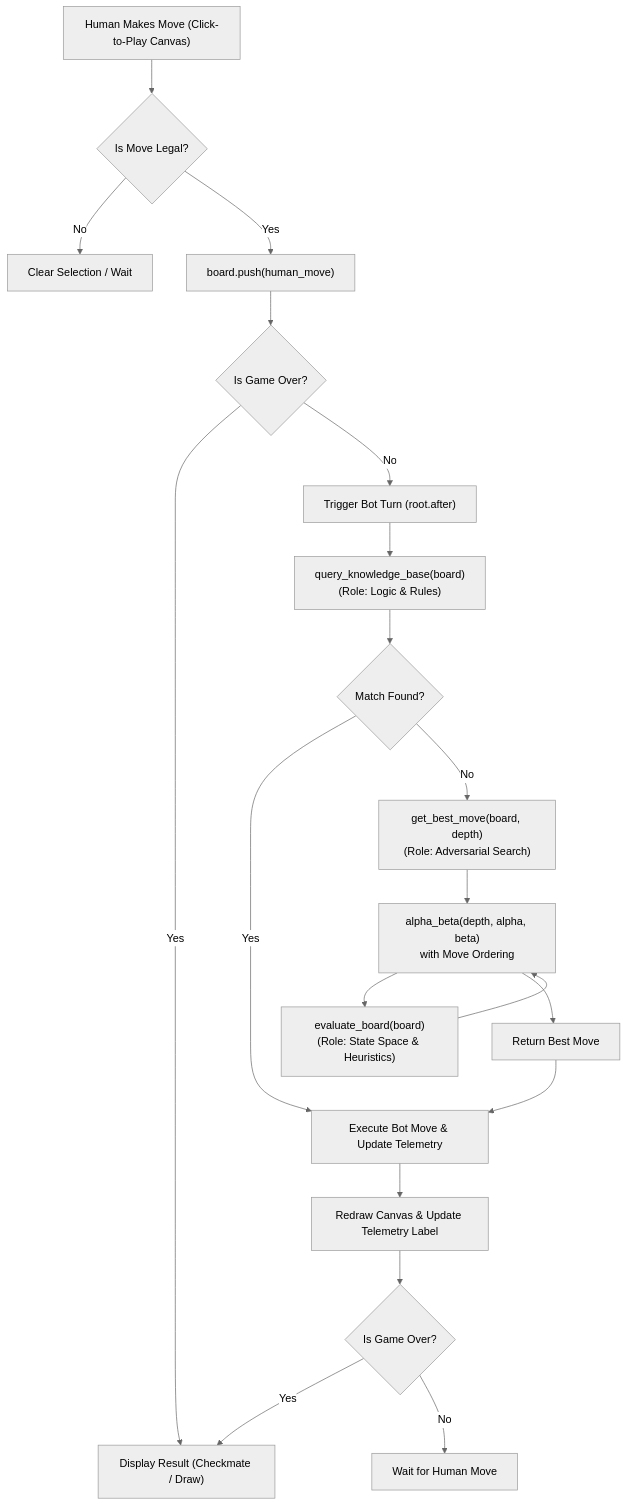
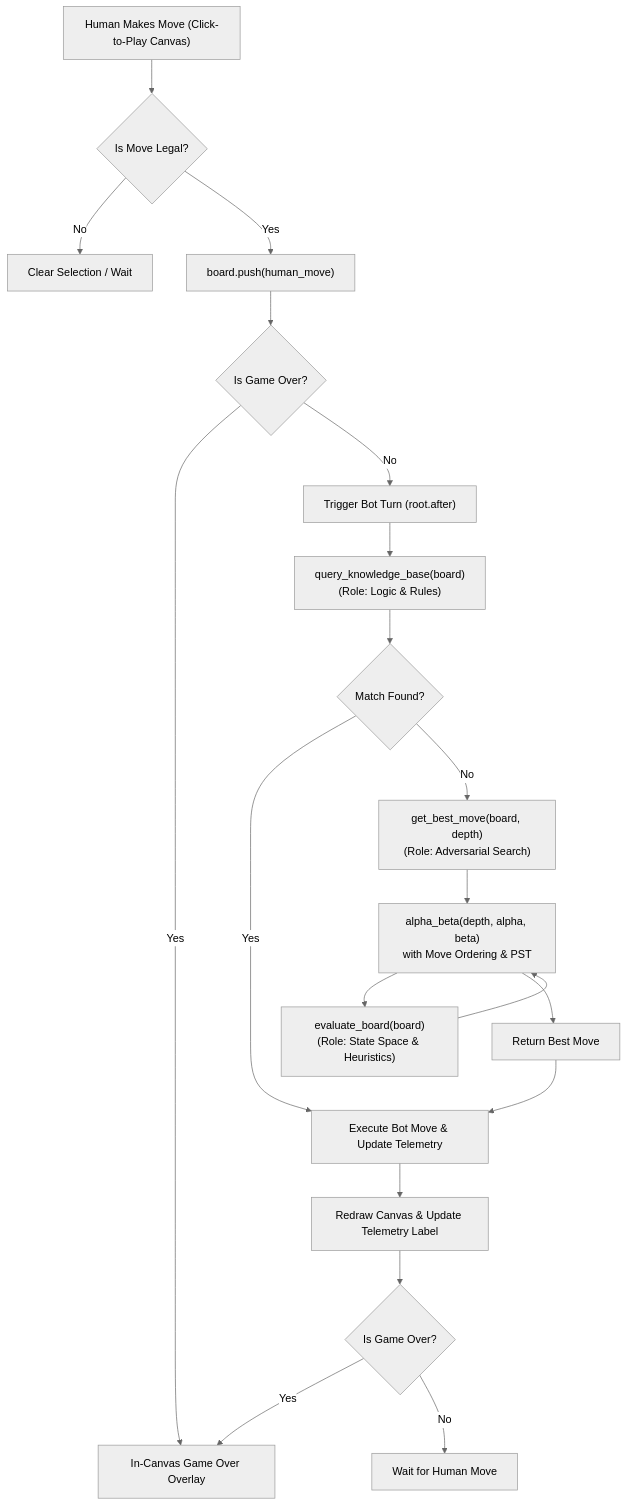
The diagram in README.md (MerlinVoid/mockfish), drawn with Mermaid (neutral theme) before and after one commit. The commit also changed other lines of this file and 5 other files, not shown here.

Commit message:
fix: in-canvas game over screen, anti-shuffling PST evaluation, and test suite

````diff
--- a/README.md
+++ b/README.md
@@ -60,27 +66,27 @@
 ```mermaid
 flowchart TD
     HumanMove["Human Makes Move (Click-to-Play Canvas)"] --> LegalityCheck{"Is Move Legal?"}
     LegalityCheck -- No --> ResetSelect["Clear Selection / Wait"]
     LegalityCheck -- Yes --> PushHuman["board.push(human_move)"]
     
     PushHuman --> GameOver1{"Is Game Over?"}
     GameOver1 -- Yes --> EndBanner["Display Result (Checkmate / Draw)"]
     GameOver1 -- No --> BotStart["Trigger Bot Turn (root.after)"]
     
     BotStart --> QueryKB["query_knowledge_base(board)\n(Role: Logic & Rules)"]
     QueryKB --> KBFound{"Match Found?"}
     
     KBFound -- Yes --> ExecMove["Execute Bot Move & Update Telemetry"]
     KBFound -- No --> SearchMove["get_best_move(board, depth)\n(Role: Adversarial Search)"]
     
-    SearchMove --> AlphaBeta["alpha_beta(depth, alpha, beta)\nwith Move Ordering"]
+    SearchMove --> AlphaBeta["alpha_beta(depth, alpha, beta)\nwith Move Ordering & PST"]
     AlphaBeta --> EvalCall["evaluate_board(board)\n(Role: State Space & Heuristics)"]
     EvalCall --> AlphaBeta
     AlphaBeta --> BestMoveFound["Return Best Move"]
     BestMoveFound --> ExecMove
     
     ExecMove --> Redraw["Redraw Canvas & Update Telemetry Label"]
     Redraw --> GameOver2{"Is Game Over?"}
-    GameOver2 -- Yes --> EndBanner
+    GameOver2 -- Yes --> EndBanner["In-Canvas Game Over Overlay"]
     GameOver2 -- No --> HumanTurn["Wait for Human Move"]
 ```
````
